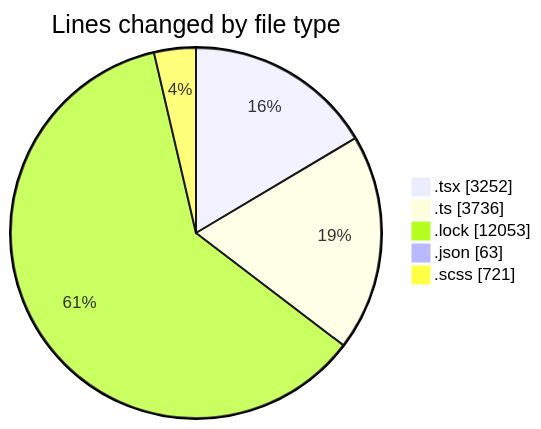
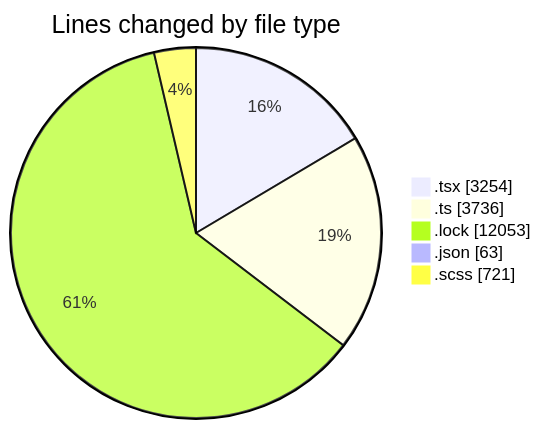
The first of 2 diagrams in 2025-12-03/cda/README.md (momahboobian/code-tracking), drawn with Mermaid before and after one commit. The commit also changed other lines of this file and 1 other file, not shown here.

````diff
--- a/2025-12-03/cda/README.md
+++ b/2025-12-03/cda/README.md
@@ -32,9 +32,9 @@
 ```mermaid
 pie showData
 title Lines changed by file type
-".tsx" : 3252
+".tsx" : 3254
 ".ts" : 3736
 ".lock" : 12053
 ".json" : 63
 ".scss" : 721
 ```
````
